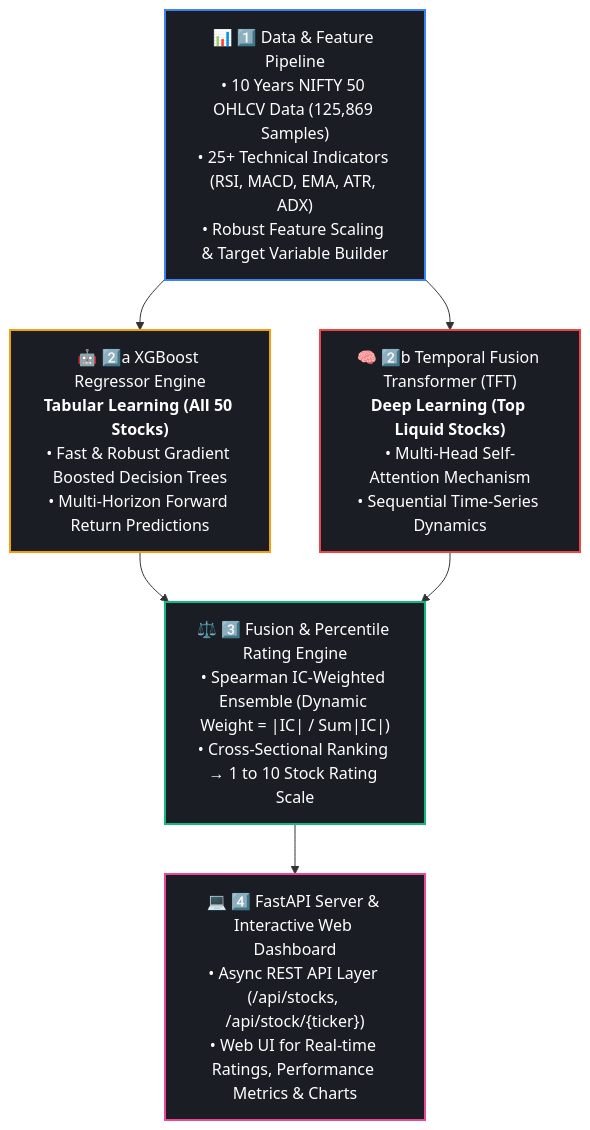
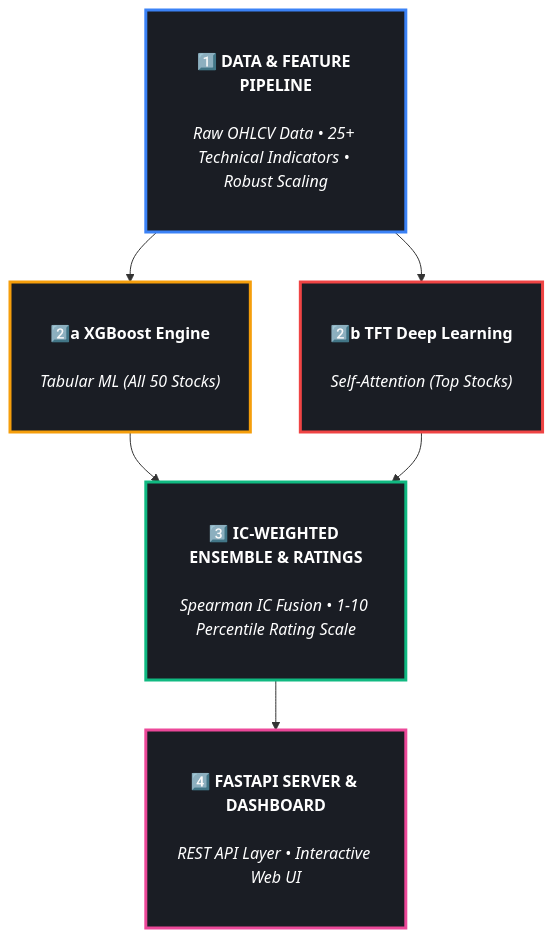
One commit to Jaydeep0832/Nifty_50-stock-rating-system changed the diagram in README.md. Above: the diagram before and after it, drawn with Mermaid.

Commit message:
docs: enlarge architecture blocks and simplify text content

````diff
--- a/README.md
+++ b/README.md
@@ -62,19 +62,18 @@
 ```mermaid
 flowchart TD
-    A["📊 1️⃣ Data & Feature Pipeline<br/>• 10 Years NIFTY 50 OHLCV Data (125,869 Samples)<br/>• 25+ Technical Indicators (RSI, MACD, EMA, ATR, ADX)<br/>• Robust Feature Scaling & Target Variable Builder"]
+    A["<br/><b>1️⃣ DATA & FEATURE PIPELINE</b><br/><br/><i>Raw OHLCV Data • 25+ Technical Indicators • Robust Scaling</i><br/><br/>"]
 
-    A --> B1["🤖 2️⃣a XGBoost Regressor Engine<br/><b>Tabular Learning (All 50 Stocks)</b><br/>• Fast & Robust Gradient Boosted Decision Trees<br/>• Multi-Horizon Forward Return Predictions"]
+    A --> B1["<br/><b>2️⃣a XGBoost Engine</b><br/><br/><i>Tabular ML (All 50 Stocks)</i><br/><br/>"]
+    A --> B2["<br/><b>2️⃣b TFT Deep Learning</b><br/><br/><i>Self-Attention (Top Stocks)</i><br/><br/>"]
 
-    A --> B2["🧠 2️⃣b Temporal Fusion Transformer (TFT)<br/><b>Deep Learning (Top Liquid Stocks)</b><br/>• Multi-Head Self-Attention Mechanism<br/>• Sequential Time-Series Dynamics"]
-
-    B1 --> C["⚖️ 3️⃣ Fusion & Percentile Rating Engine<br/>• Spearman IC-Weighted Ensemble (Dynamic Weight = |IC| / Sum|IC|)<br/>• Cross-Sectional Ranking → 1 to 10 Stock Rating Scale"]
+    B1 --> C["<br/><b>3️⃣ IC-WEIGHTED ENSEMBLE & RATINGS</b><br/><br/><i>Spearman IC Fusion • 1-10 Percentile Rating Scale</i><br/><br/>"]
     B2 --> C
 
-    C --> D["💻 4️⃣ FastAPI Server & Interactive Web Dashboard<br/>• Async REST API Layer (/api/stocks, /api/stock/{ticker})<br/>• Web UI for Real-time Ratings, Performance Metrics & Charts"]
+    C --> D["<br/><b>4️⃣ FASTAPI SERVER & DASHBOARD</b><br/><br/><i>REST API Layer • Interactive Web UI</i><br/><br/>"]
 
-    style A fill:#1a1d24,stroke:#3b82f6,stroke-width:2px,color:#ffffff
-    style B1 fill:#1a1d24,stroke:#f59e0b,stroke-width:2px,color:#ffffff
-    style B2 fill:#1a1d24,stroke:#ef4444,stroke-width:2px,color:#ffffff
-    style C fill:#1a1d24,stroke:#10b981,stroke-width:2px,color:#ffffff
-    style D fill:#1a1d24,stroke:#ec4899,stroke-width:2px,color:#ffffff
+    style A fill:#1a1d24,stroke:#3b82f6,stroke-width:3px,color:#ffffff
+    style B1 fill:#1a1d24,stroke:#f59e0b,stroke-width:3px,color:#ffffff
+    style B2 fill:#1a1d24,stroke:#ef4444,stroke-width:3px,color:#ffffff
+    style C fill:#1a1d24,stroke:#10b981,stroke-width:3px,color:#ffffff
+    style D fill:#1a1d24,stroke:#ec4899,stroke-width:3px,color:#ffffff
 ```
````
